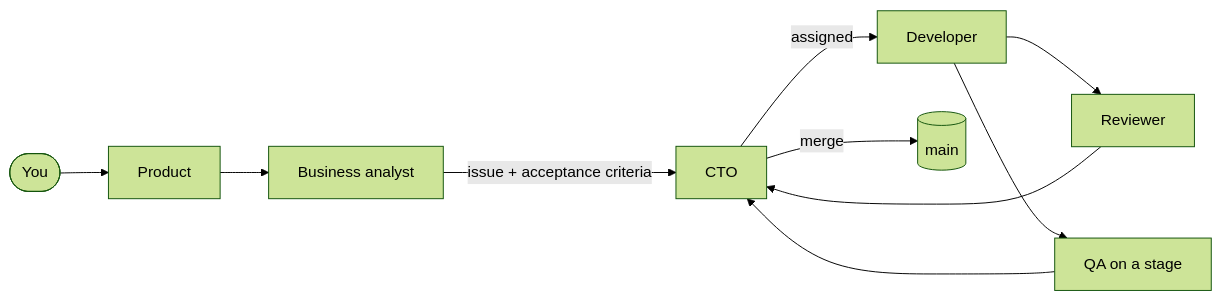
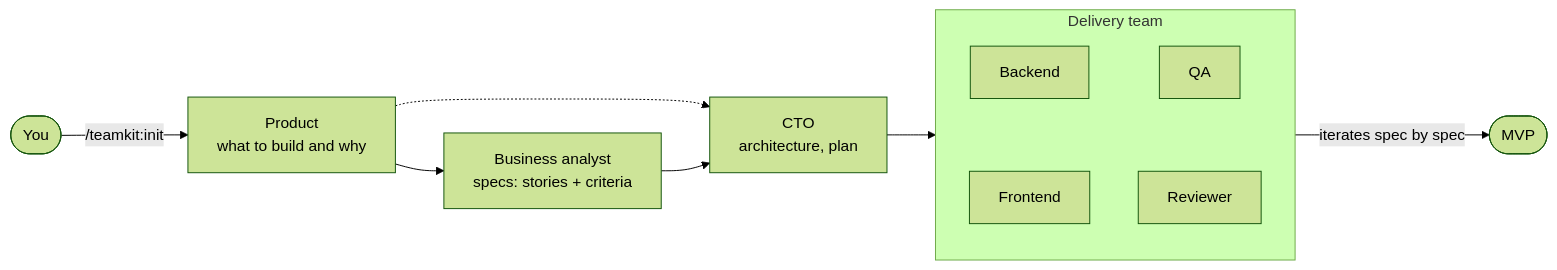
Before and after one commit to ioncat/teamkit: the diagram in README.md, drawn with Mermaid (forest theme). The commit also changed other lines of this file, not shown here.

Commit message:
docs: README diagram shows how a project runs: product, analyst, CTO, the delivery team, MVP

````diff
--- a/README.md
+++ b/README.md
@@ -26,12 +26,14 @@
 ```mermaid
 flowchart LR
-    O([You]) --> P[Product]
-    P --> A[Business analyst]
-    A -->|issue + acceptance criteria| C[CTO]
-    C -->|assigned| D[Developer]
-    D --> R[Reviewer]
-    D --> Q[QA on a stage]
-    R --> C
-    Q --> C
-    C -->|merge| M[(main)]
+    O([You]) -->|/teamkit:init| P["Product<br/>what to build and why"]
+    P --> A["Business analyst<br/>specs: stories + criteria"]
+    P -.-> C
+    A --> C["CTO<br/>architecture, plan"]
+    C --> T
+    subgraph T["Delivery team"]
+        direction TB
+        B[Backend] ~~~ F[Frontend]
+        Q[QA] ~~~ R[Reviewer]
+    end
+    T -->|iterates spec by spec| MVP([MVP])
 ```
````
